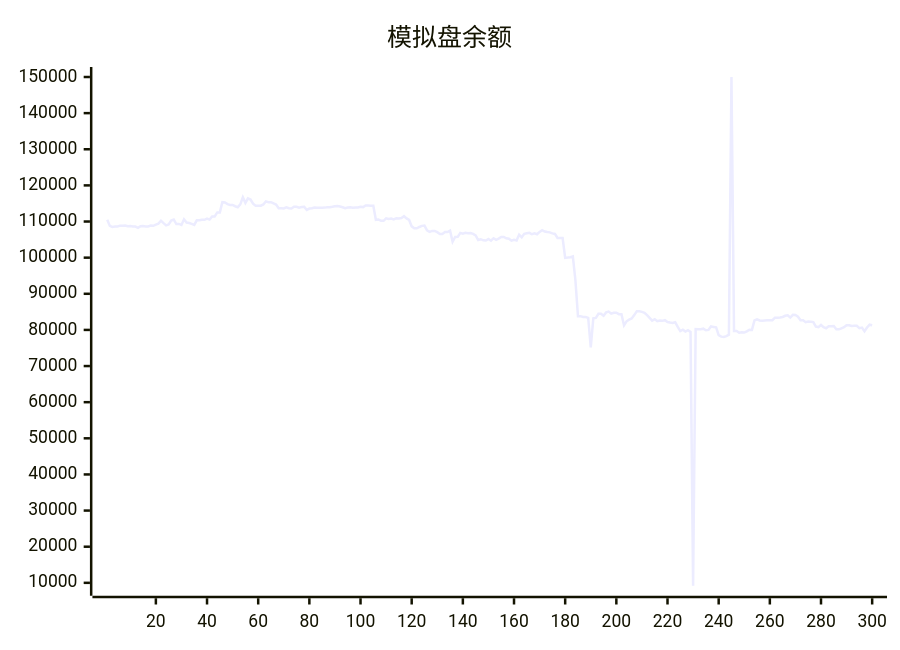
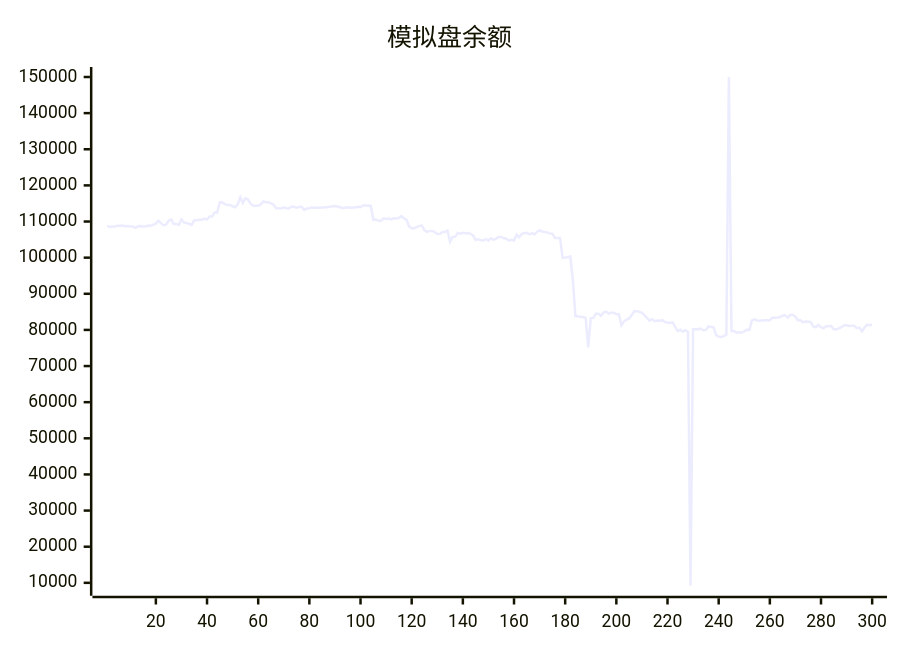
One commit to aahl/ai-trading changed the diagram in README.md. Above: the diagram before and after it, drawn with Mermaid. The commit also changed other lines of this file and 1 other file, not shown here.

````diff
--- a/README.md
+++ b/README.md
@@ -5,5 +5,5 @@
 ```mermaid
 xychart
     title "模拟盘余额"
-    line [110490,108796,108506,108603,108645,108864,108864,108897,108718,108760,108648,108602,108262,108718,108752,108644,108644,108863,108823,109162,109419,110224,109539,108945,109172,110262,110546,109304,109343,109053,110606,109702,109584,109337,109071,110342,110342,110488,110488,110814,110531,111421,111421,112518,112522,115341,115266,114830,114584,114588,114231,113973,114726,116697,115160,116423,116083,114950,114365,114365,114388,114730,115582,115358,115358,115032,114686,113688,113688,113610,113930,113672,113585,114083,114074,113840,113996,114051,113208,113593,113701,113901,113794,113784,113810,113848,113927,113929,114064,114232,114293,114144,113960,113698,113853,113942,113812,113908,113877,114091,113998,114427,114422,114384,114384,110477,110576,110198,110198,110890,110712,110812,110569,110929,110847,110968,111478,110870,110433,108661,108116,108115,108485,108797,108877,107536,107134,107393,107393,107046,106565,106565,107081,107081,107478,104404,105715,105749,106866,106651,106889,106771,106816,106565,106141,104876,105103,104796,104734,105169,104690,105380,104941,105272,105709,105739,105374,105227,104691,104924,104762,106364,105628,106608,106748,106872,106485,106721,106468,107132,107620,107224,107080,107001,106717,106567,105431,105431,105440,99950,100017,100113,100337,93749,83795,83807,83567,83567,83342,75168,83222,83336,84448,84449,83896,84839,85065,84499,84757,84757,84364,84347,81254,82385,82835,83184,84099,85150,85150,85002,84751,84096,83356,82582,82983,82404,82572,82512,82688,82200,82047,81920,82125,80840,79688,80060,79552,79920,79470,9193,80236,80208,80170,80336,79894,80006,80954,80837,80712,78561,78139,78037,78293,78682,150000,79720,79720,79214,79372,79279,79591,80046,79993,82625,82950,82626,82571,82633,82670,82670,82681,83386,83378,83464,83579,83920,84037,83402,84160,84142,83652,82655,82655,82145,82315,82243,82163,80934,80770,81371,80742,80468,80989,80989,81067,80191,80155,80450,80737,81309,81309,81106,81119,81119,80471,80631,79624,80670,81448,81290]
+    line [108796,108506,108603,108645,108864,108864,108897,108718,108760,108648,108602,108262,108718,108752,108644,108644,108863,108823,109162,109419,110224,109539,108945,109172,110262,110546,109304,109343,109053,110606,109702,109584,109337,109071,110342,110342,110488,110488,110814,110531,111421,111421,112518,112522,115341,115266,114830,114584,114588,114231,113973,114726,116697,115160,116423,116083,114950,114365,114365,114388,114730,115582,115358,115358,115032,114686,113688,113688,113610,113930,113672,113585,114083,114074,113840,113996,114051,113208,113593,113701,113901,113794,113784,113810,113848,113927,113929,114064,114232,114293,114144,113960,113698,113853,113942,113812,113908,113877,114091,113998,114427,114422,114384,114384,110477,110576,110198,110198,110890,110712,110812,110569,110929,110847,110968,111478,110870,110433,108661,108116,108115,108485,108797,108877,107536,107134,107393,107393,107046,106565,106565,107081,107081,107478,104404,105715,105749,106866,106651,106889,106771,106816,106565,106141,104876,105103,104796,104734,105169,104690,105380,104941,105272,105709,105739,105374,105227,104691,104924,104762,106364,105628,106608,106748,106872,106485,106721,106468,107132,107620,107224,107080,107001,106717,106567,105431,105431,105440,99950,100017,100113,100337,93749,83795,83807,83567,83567,83342,75168,83222,83336,84448,84449,83896,84839,85065,84499,84757,84757,84364,84347,81254,82385,82835,83184,84099,85150,85150,85002,84751,84096,83356,82582,82983,82404,82572,82512,82688,82200,82047,81920,82125,80840,79688,80060,79552,79920,79470,9193,80236,80208,80170,80336,79894,80006,80954,80837,80712,78561,78139,78037,78293,78682,150000,79720,79720,79214,79372,79279,79591,80046,79993,82625,82950,82626,82571,82633,82670,82670,82681,83386,83378,83464,83579,83920,84037,83402,84160,84142,83652,82655,82655,82145,82315,82243,82163,80934,80770,81371,80742,80468,80989,80989,81067,80191,80155,80450,80737,81309,81309,81106,81119,81119,80471,80631,79624,80670,81448,81290,81429]
 ```
````
